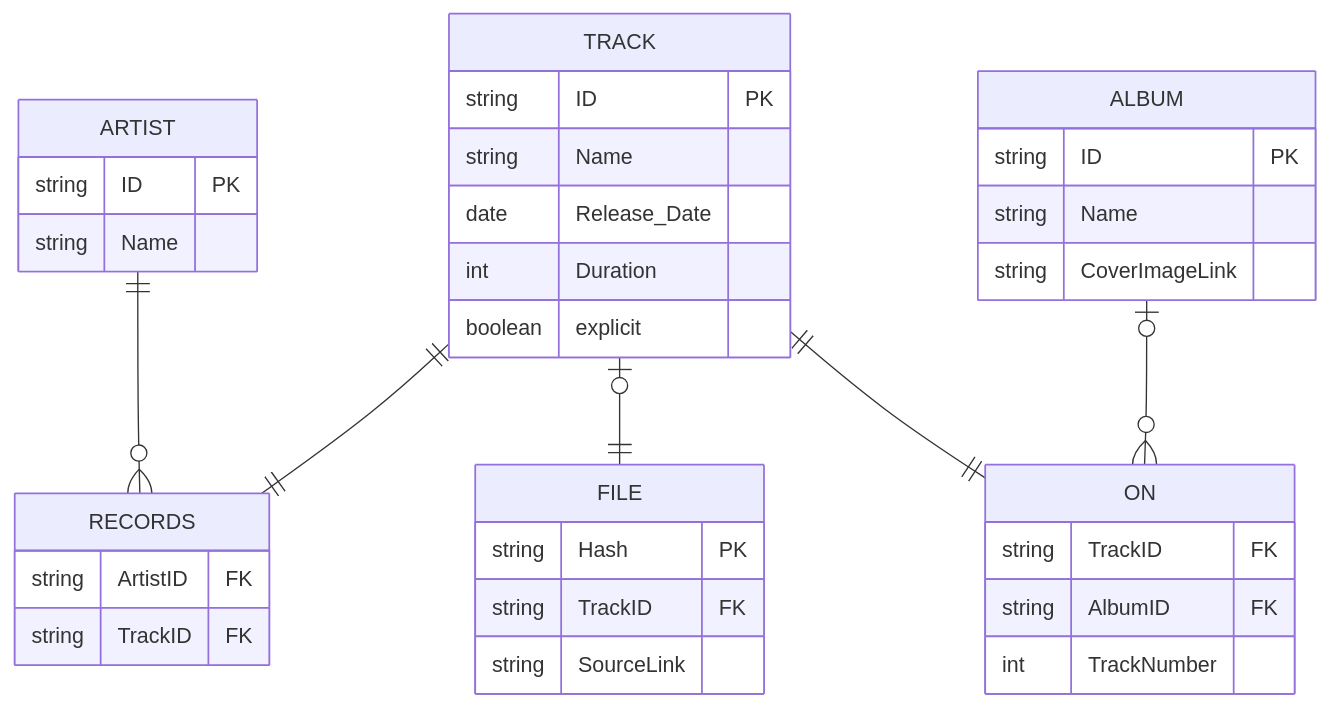
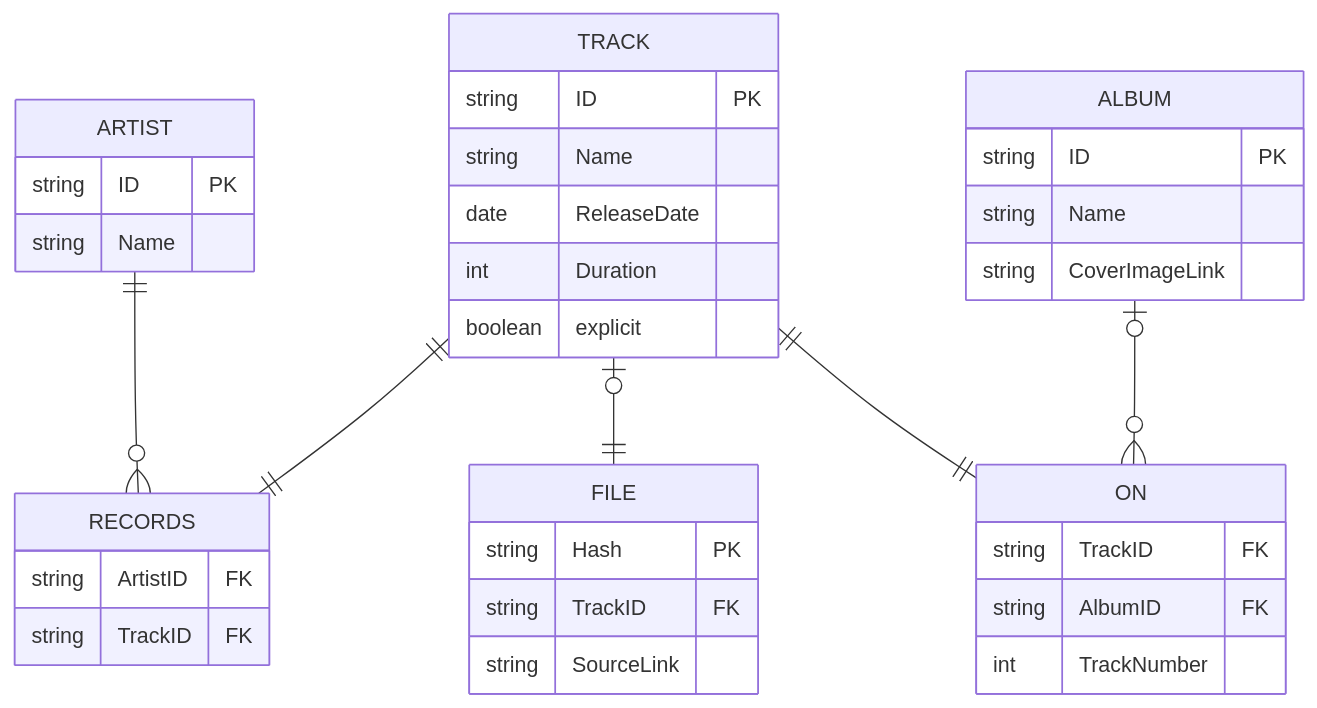
The diagram in README.md (me11203sci/wiki-application-for-tunes), drawn with Mermaid before and after one commit.

Commit message:
Update README.md, forgot one attribute
made the last attribute PascalCase

````diff
--- a/README.md
+++ b/README.md
@@ -23,38 +23,38 @@
 ```mermaid
 erDiagram
     ARTIST {
         string ID PK
         string Name
     }
     TRACK {
         string ID PK
         string Name
-        date Release_Date
+        date ReleaseDate
         int Duration
         boolean explicit
     }
     ALBUM {
         string ID PK
         string Name
         string CoverImageLink
     }
     FILE {
         string Hash PK
         string TrackID FK
         string SourceLink
     }
     RECORDS {
         string ArtistID FK
         string TrackID FK
     }
     ON {
         string TrackID FK
         string AlbumID FK
         int TrackNumber
     }
     ARTIST ||--o{ RECORDS : ""
     TRACK ||--|| RECORDS : ""
     TRACK o|--|| FILE : ""
     TRACK ||--|| ON : ""
     ALBUM o|--o{ ON : ""
 ```
````
